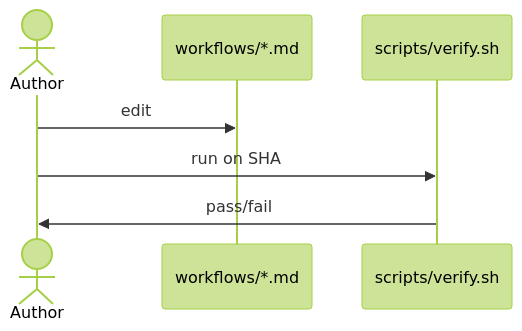
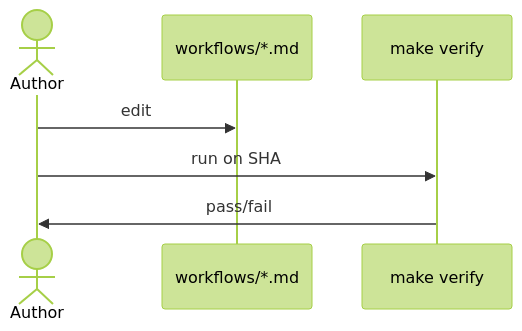
Before and after one commit to svennijhuis/agentic-workflows: the diagram in docs/pbi/docs/D05-authoring-guide.md, drawn with Mermaid (forest theme). The commit also changed other lines of this file and 986 other files, not shown here.

````diff
--- a/docs/pbi/docs/D05-authoring-guide.md
+++ b/docs/pbi/docs/D05-authoring-guide.md
@@ -24,9 +24,9 @@
 ```mermaid
 sequenceDiagram
   actor Author
   participant WF as workflows/*.md
-  participant Gate as scripts/verify.sh
+  participant Gate as make verify
   Author->>WF: edit
   Author->>Gate: run on SHA
   Gate->>Author: pass/fail
 ```
````
